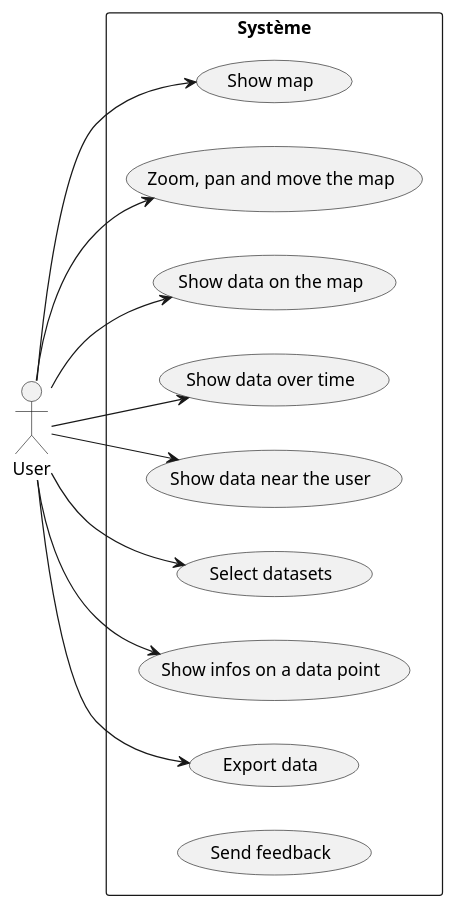
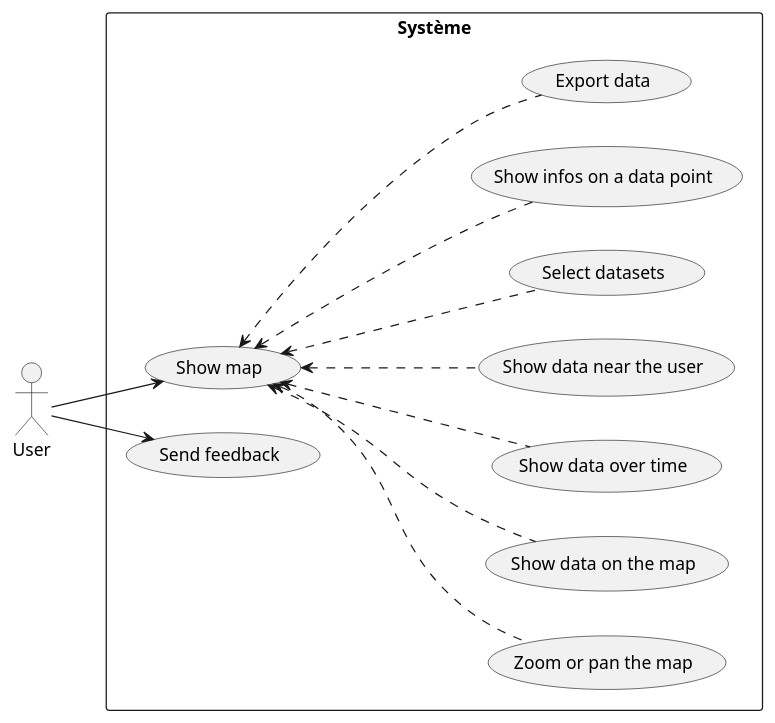
Before and after one commit to ESIR2-PROJECT/RENDUS: the diagram in UseCases.md, drawn with PlantUML.

Commit message:
UPDATE usecases

````diff
--- a/UseCases.md
+++ b/UseCases.md
@@ -13,28 +13,31 @@
 ```puml
 
 left to right direction
 
 actor "User" as fc
 
 rectangle "Système" {
     usecase "Show map" as UC1
-    usecase "Zoom, pan and move the map" as UC2
+    usecase "Zoom or pan the map" as UC2
     usecase "Show data on the map" as UC3
     usecase "Show data over time" as UC4
     usecase "Show data near the user" as UC5
     usecase "Select datasets" as UC6
     usecase "Show infos on a data point" as UC7
     usecase "Export data" as UC8
     usecase "Send feedback" as UC9
 }
 
 fc --> UC1
-fc --> UC2
-fc --> UC3
-fc --> UC4
-fc --> UC5
-fc --> UC6
-fc --> UC7
-fc --> UC8
+fc --> UC9
+
+UC1 <.-- UC2
+UC1 <.-- UC3
+UC1 <.-- UC4
+UC1 <.-- UC5
+UC1 <.-- UC6
+UC1 <.-- UC7
+UC1 <.-- UC8
+
 
 ```
````
